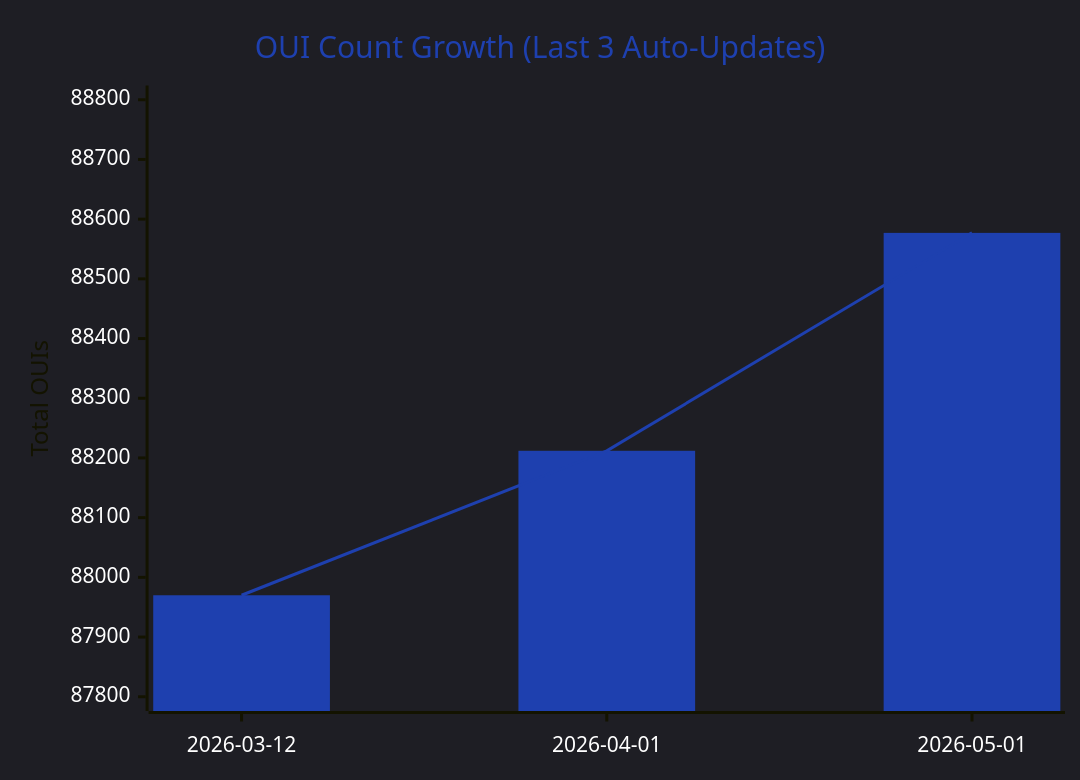
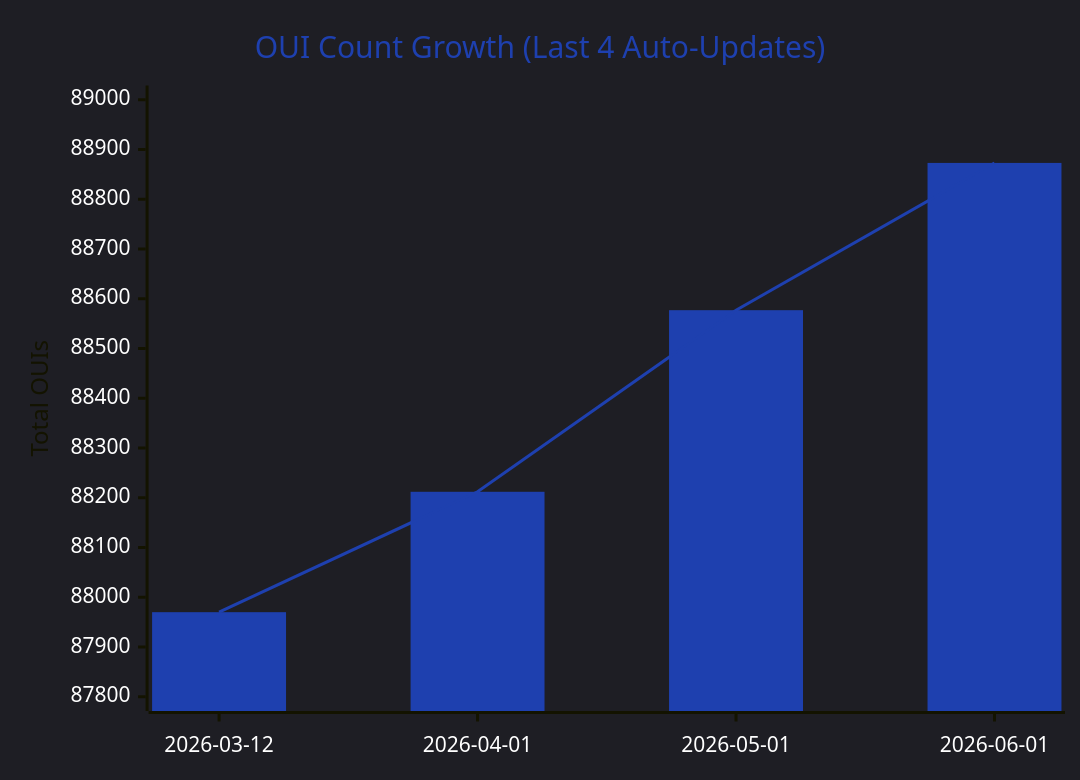
One commit to user7321347/OUI-Master-Database changed the first of 5 diagrams in README.md. Above: the diagram before and after it, drawn with Mermaid. The commit also changed other lines of this file and 14 other files, not shown here.

Commit message:
Auto-update OUI database 2026-06-01 - 88873 OUIs

````diff
--- a/README.md
+++ b/README.md
@@ -71,9 +71,9 @@
 ```mermaid
 %%{init: {'theme':'dark', 'themeVariables': {'xyChart': {'backgroundColor':'#00000000','plotColorPalette':'#1E40AF','titleColor':'#1E40AF','xAxisLabelColor':'#ffffff','yAxisLabelColor':'#ffffff'}}}}%%
 xychart-beta
-    title "OUI Count Growth (Last 3 Auto-Updates)"
-    x-axis ["2026-03-12", "2026-04-01", "2026-05-01"]
-    y-axis "Total OUIs" 87800 --> 88800
-    bar [87970, 88212, 88577]
-    line [87970, 88212, 88577]
+    title "OUI Count Growth (Last 4 Auto-Updates)"
+    x-axis ["2026-03-12", "2026-04-01", "2026-05-01", "2026-06-01"]
+    y-axis "Total OUIs" 87800 --> 89000
+    bar [87970, 88212, 88577, 88873]
+    line [87970, 88212, 88577, 88873]
 ```
````
